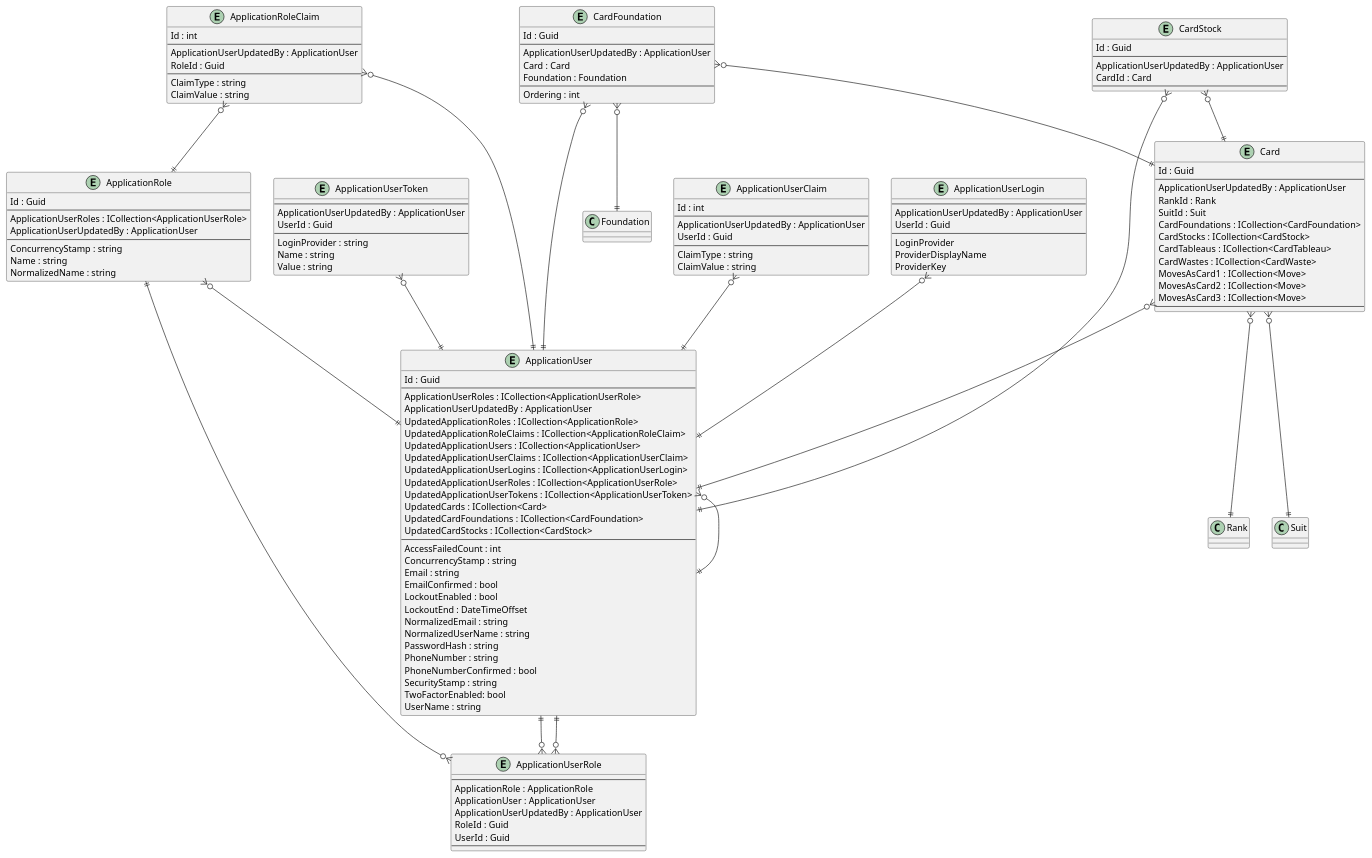
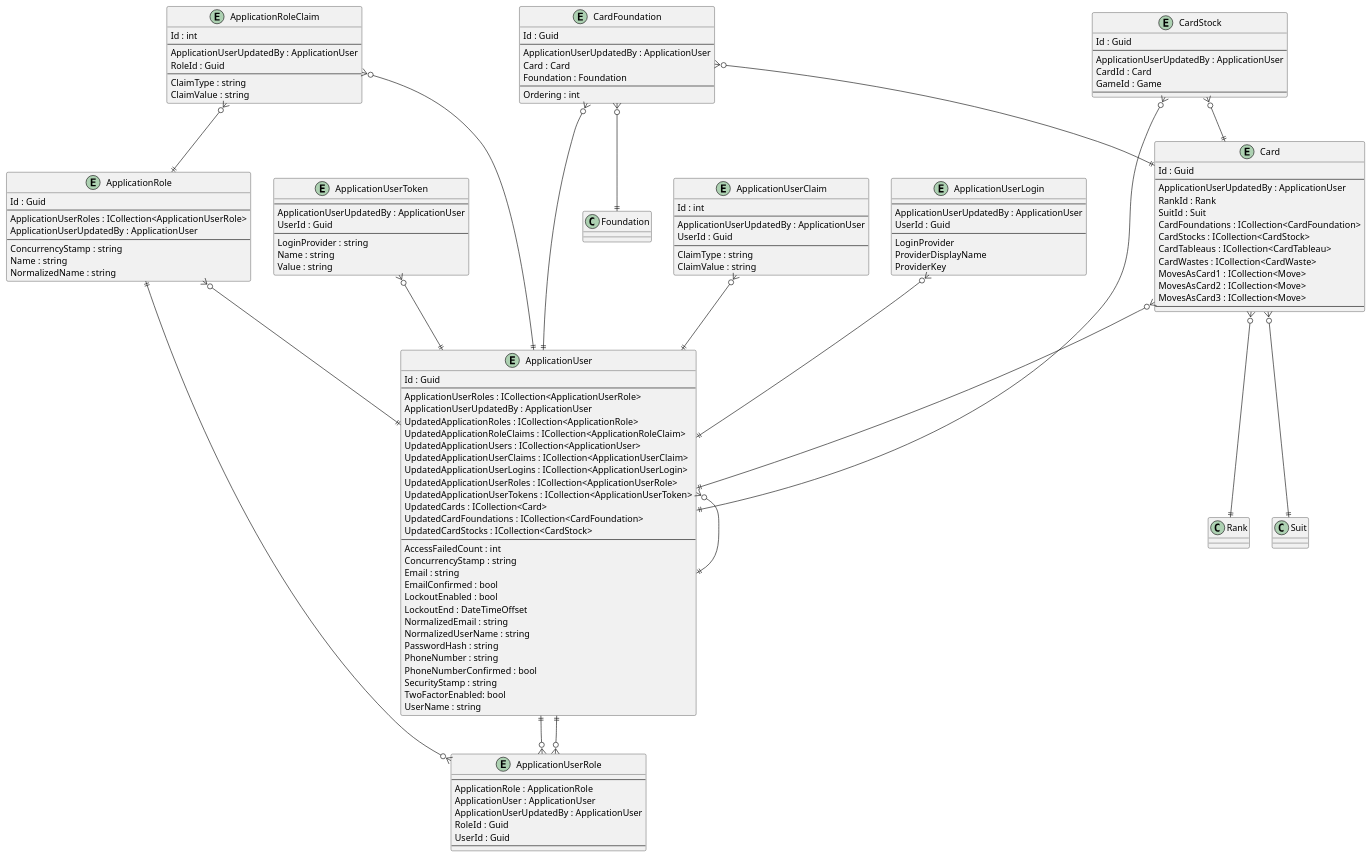
The diagram in .docs/Intrepion.KlondikeSolitaire.pu (intrepion/intrepion_klondike-solitaire_csharp), drawn with PlantUML before and after one commit.

```diff
--- a/.docs/Intrepion.KlondikeSolitaire.pu
+++ b/.docs/Intrepion.KlondikeSolitaire.pu
@@ -1,160 +1,161 @@
 @startuml
 
 entity ApplicationRole {
     Id : Guid
     --
     ApplicationUserRoles : ICollection<ApplicationUserRole>
     ApplicationUserUpdatedBy : ApplicationUser
     --
     ConcurrencyStamp : string
     Name : string
     NormalizedName : string
 }
 
 entity ApplicationRoleClaim {
     Id : int
     --
     ApplicationUserUpdatedBy : ApplicationUser
     RoleId : Guid
     --
     ClaimType : string
     ClaimValue : string
 }
 
 entity ApplicationUser {
     Id : Guid
     --
     ApplicationUserRoles : ICollection<ApplicationUserRole>
     ApplicationUserUpdatedBy : ApplicationUser
     UpdatedApplicationRoles : ICollection<ApplicationRole>
     UpdatedApplicationRoleClaims : ICollection<ApplicationRoleClaim>
     UpdatedApplicationUsers : ICollection<ApplicationUser>
     UpdatedApplicationUserClaims : ICollection<ApplicationUserClaim>
     UpdatedApplicationUserLogins : ICollection<ApplicationUserLogin>
     UpdatedApplicationUserRoles : ICollection<ApplicationUserRole>
     UpdatedApplicationUserTokens : ICollection<ApplicationUserToken>
     UpdatedCards : ICollection<Card>
     UpdatedCardFoundations : ICollection<CardFoundation>
     UpdatedCardStocks : ICollection<CardStock>
     ' ApplicationUserKeyCodePlaceholder
     --
     AccessFailedCount : int
     ConcurrencyStamp : string
     Email : string
     EmailConfirmed : bool
     LockoutEnabled : bool
     LockoutEnd : DateTimeOffset
     NormalizedEmail : string
     NormalizedUserName : string
     PasswordHash : string
     PhoneNumber : string
     PhoneNumberConfirmed : bool
     SecurityStamp : string
     TwoFactorEnabled: bool
     UserName : string
 }
 
 entity ApplicationUserClaim {
     Id : int
     --
     ApplicationUserUpdatedBy : ApplicationUser
     UserId : Guid
     --
     ClaimType : string
     ClaimValue : string
 }
 
 entity ApplicationUserLogin {
     --
     ApplicationUserUpdatedBy : ApplicationUser
     UserId : Guid
     --
     LoginProvider
     ProviderDisplayName
     ProviderKey
 }
 
 entity ApplicationUserRole {
     --
     ApplicationRole : ApplicationRole
     ApplicationUser : ApplicationUser
     ApplicationUserUpdatedBy : ApplicationUser
     RoleId : Guid
     UserId : Guid
     --
 }
 
 entity ApplicationUserToken {
     --
     ApplicationUserUpdatedBy : ApplicationUser
     UserId : Guid
     --
     LoginProvider : string
     Name : string
     Value : string
 }
 
 entity Card {
     Id : Guid
     --
     ApplicationUserUpdatedBy : ApplicationUser
     RankId : Rank
     SuitId : Suit
     CardFoundations : ICollection<CardFoundation>
     CardStocks : ICollection<CardStock>
     CardTableaus : ICollection<CardTableau>
     CardWastes : ICollection<CardWaste>
     MovesAsCard1 : ICollection<Move>
     MovesAsCard2 : ICollection<Move>
     MovesAsCard3 : ICollection<Move>
     ' CardKeyCodePlaceholder
     --
     ' CardPropertyCodePlaceholder
 }
 
 entity CardFoundation {
     Id : Guid
     --
     ApplicationUserUpdatedBy : ApplicationUser
     Card : Card
     Foundation : Foundation
     ' CardFoundationKeyCodePlaceholder
     --
     Ordering : int
     ' CardFoundationPropertyCodePlaceholder
 }
 
 entity CardStock {
     Id : Guid
     --
     ApplicationUserUpdatedBy : ApplicationUser
     CardId : Card
+    GameId : Game
     ' CardStockKeyCodePlaceholder
     --
     ' CardStockPropertyCodePlaceholder
 }
 
 ' EntityCodePlaceholder
 
 ApplicationRole ||--o{ ApplicationUserRole
 ApplicationRole }o--|| ApplicationUser
 ApplicationRoleClaim }o--|| ApplicationRole
 ApplicationRoleClaim }o--|| ApplicationUser
 ApplicationUser }o--|| ApplicationUser
 ApplicationUser ||--o{ ApplicationUserRole
 ApplicationUserClaim }o--|| ApplicationUser
 ApplicationUserLogin }o--|| ApplicationUser
 ApplicationUserRole }o--|| ApplicationUser
 ApplicationUserToken }o--|| ApplicationUser
 
 Card }o--|| ApplicationUser
 Card }o--|| Rank
 Card }o--|| Suit
 CardFoundation }o--|| ApplicationUser
 CardFoundation }o--|| Card
 CardFoundation }o--|| Foundation
 CardStock }o--|| ApplicationUser
 CardStock }o--|| Card
 ' RelationshipCodePlaceholder
 
 @enduml
```
